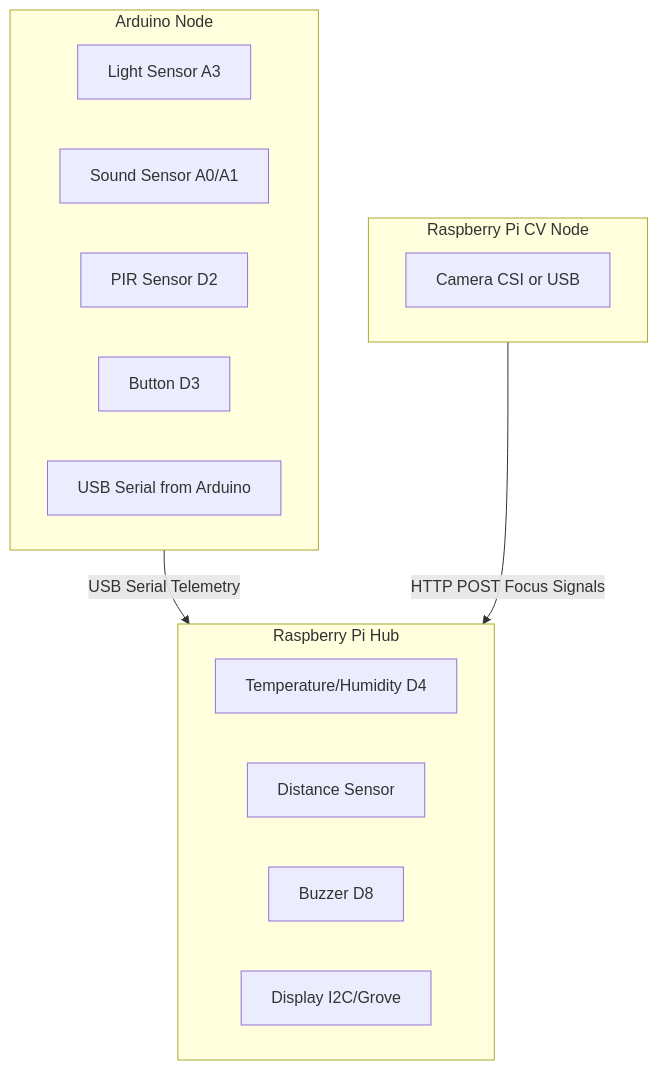
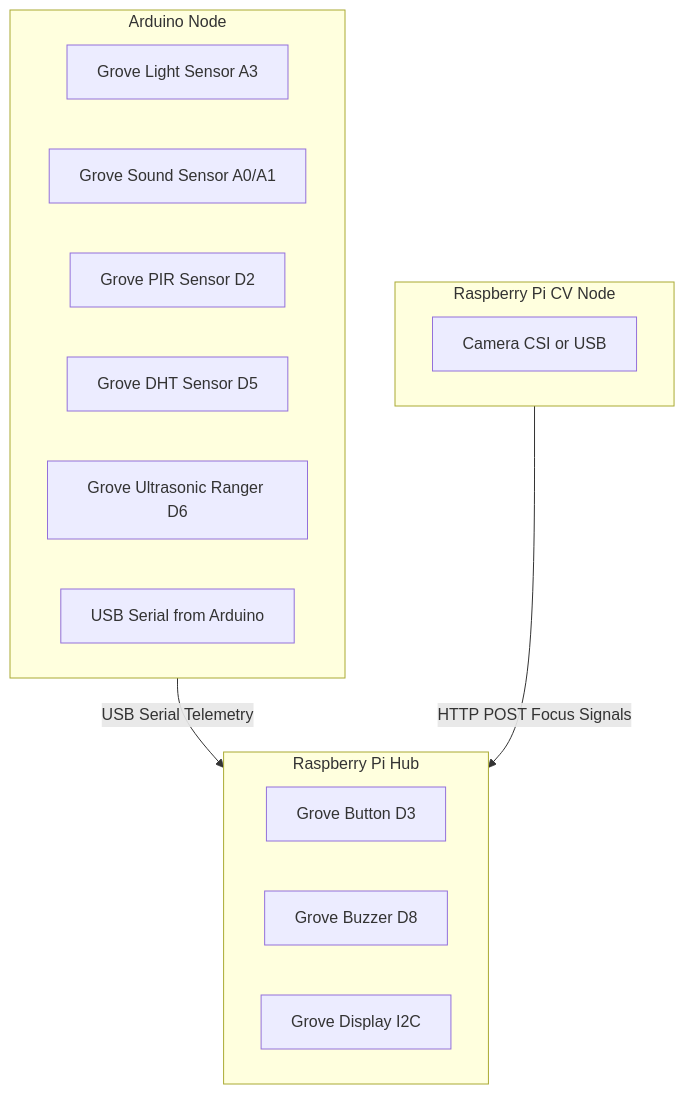
Before and after one commit to MichalisCYP/CMT223: the second of 2 diagrams in docs/2. Architecture and Design/SystemArchitecture.md, drawn with Mermaid. The commit also changed other lines of this file and 23 other files, not shown here.

Commit message:
moved DHT, Distance to Arduino, moved Button to Pi, fixed display code SH1107

````diff
--- a/docs/2. Architecture and Design/SystemArchitecture.md
+++ b/docs/2. Architecture and Design/SystemArchitecture.md
@@ -150,24 +150,24 @@
 ```mermaid
 flowchart TB
     subgraph ARD[Arduino Node]
-        ALS[Light Sensor A3]
-        ASD[Sound Sensor A0/A1]
-        APIR[PIR Sensor D2]
-        ABTN[Button D3]
+        ALS[Grove Light Sensor A3]
+        ASD[Grove Sound Sensor A0/A1]
+        APIR[Grove PIR Sensor D2]
+        ADHT[Grove DHT Sensor D5]
+        ADIST[Grove Ultrasonic Ranger D6]
         ABT[USB Serial from Arduino]
     end
 
     subgraph HUB[Raspberry Pi Hub]
-        HTEMP[Temperature/Humidity D4]
-        HDIST[Distance Sensor]
-        HBUZ[Buzzer D8]
-        HDIS[Display I2C/Grove]
+        HBTN[Grove Button D3]
+        HBUZ[Grove Buzzer D8]
+        HDIS[Grove Display I2C]
     end
 
     subgraph CV[Raspberry Pi CV Node]
         CAM[Camera CSI or USB]
     end
 
     ARD -->|USB Serial Telemetry| HUB
     CV -->|HTTP POST Focus Signals| HUB
 ```
````
